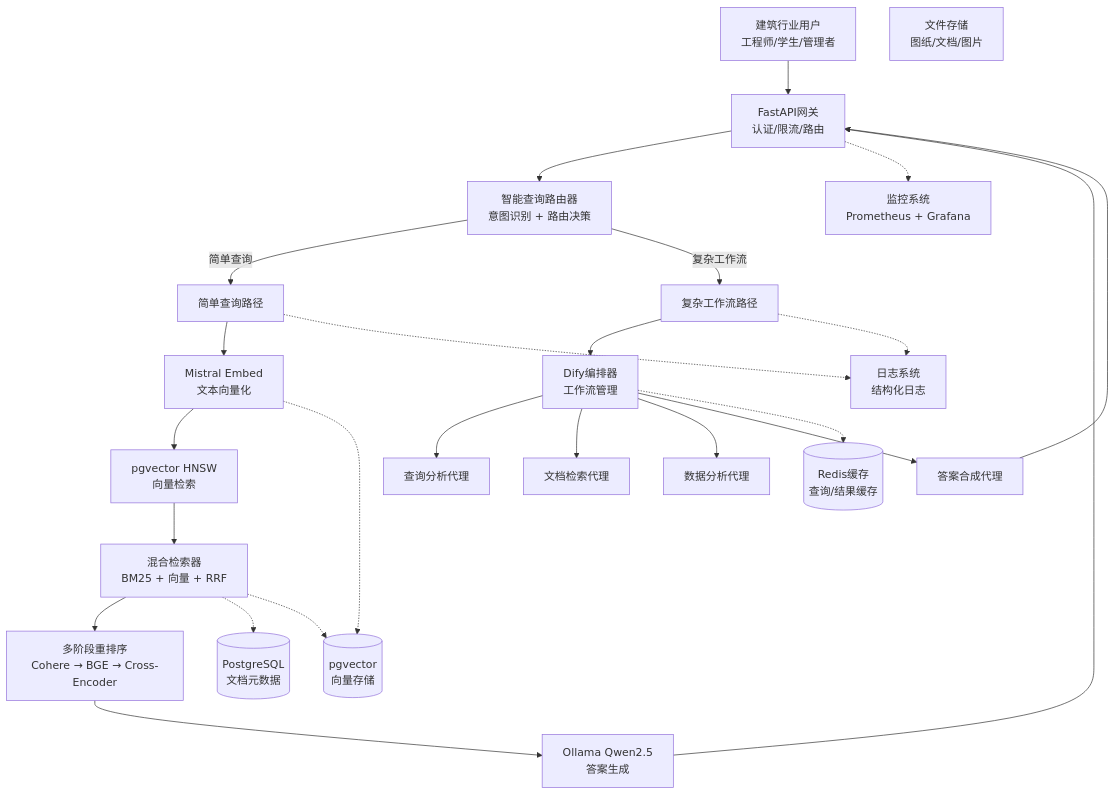
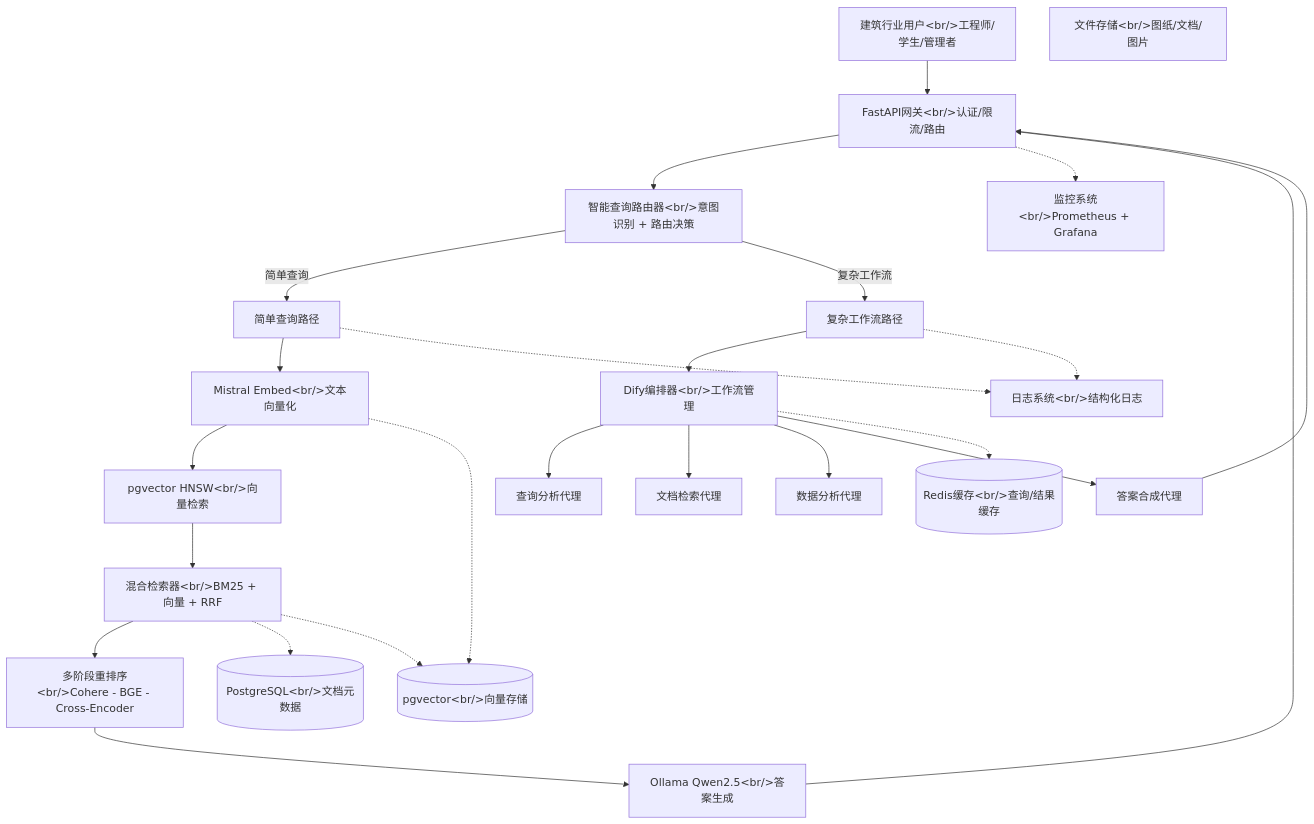
Before and after one commit to DISSIDIA-986/Industry-AI-Flow: the diagram in research/architecture/new_architecture.md, drawn with Mermaid. The commit also changed 7 other files, not shown here.

First line of the commit message:
docs: restore architecture diagram to English and fix Mermaid syntax errors

````diff
--- a/research/architecture/new_architecture.md
+++ b/research/architecture/new_architecture.md
@@ -22,71 +22,71 @@
 ```mermaid
 graph TB
     %% 用户层
-    User[建筑行业用户<br/>工程师/学生/管理者]
-    
+    User["建筑行业用户&lt;br/&gt;工程师/学生/管理者"]
+
     %% API网关层
-    API[FastAPI网关<br/>认证/限流/路由]
-    
+    API["FastAPI网关&lt;br/&gt;认证/限流/路由"]
+
     %% 查询路由层
-    Router[智能查询路由器<br/>意图识别 + 路由决策]
+    Router["智能查询路由器&lt;br/&gt;意图识别 + 路由决策"]
     
     %% 处理路径
     SimplePath[简单查询路径]
     ComplexPath[复杂工作流路径]
     
     %% 简单路径组件
-    MistralEmbed[Mistral Embed<br/>文本向量化]
-    PgVector[pgvector HNSW<br/>向量检索]
-    HybridRetriever[混合检索器<br/>BM25 + 向量 + RRF]
-    Reranker[多阶段重排序<br/>Cohere → BGE → Cross-Encoder]
-    Ollama[Ollama Qwen2.5<br/>答案生成]
+    MistralEmbed["Mistral Embed&lt;br/&gt;文本向量化"]
+    PgVector["pgvector HNSW&lt;br/&gt;向量检索"]
+    HybridRetriever["混合检索器&lt;br/&gt;BM25 + 向量 + RRF"]
+    Reranker["多阶段重排序&lt;br/&gt;Cohere - BGE - Cross-Encoder"]
+    Ollama["Ollama Qwen2.5&lt;br/&gt;答案生成"]
     
     %% 复杂路径组件
-    DifyOrchestrator[Dify编排器<br/>工作流管理]
+    DifyOrchestrator["Dify编排器&lt;br/&gt;工作流管理"]
     QueryAnalyzer[查询分析代理]
     DocRetriever[文档检索代理]
     DataAnalyzer[数据分析代理]
     AnswerSynthesizer[答案合成代理]
     
     %% 数据存储层
-    Postgres[(PostgreSQL<br/>文档元数据)]
-    PgVectorDB[(pgvector<br/>向量存储)]
-    Cache[(Redis缓存<br/>查询/结果缓存)]
-    FileStore[文件存储<br/>图纸/文档/图片]
+    Postgres[("PostgreSQL&lt;br/&gt;文档元数据")]
+    PgVectorDB[("pgvector&lt;br/&gt;向量存储")]
+    Cache[("Redis缓存&lt;br/&gt;查询/结果缓存")]
+    FileStore["文件存储&lt;br/&gt;图纸/文档/图片"]
     
     %% 监控层
-    Monitor[监控系统<br/>Prometheus + Grafana]
-    Logging[日志系统<br/>结构化日志]
+    Monitor["监控系统&lt;br/&gt;Prometheus + Grafana"]
+    Logging["日志系统&lt;br/&gt;结构化日志"]
     
     %% 数据流
     User --> API
     API --> Router
     
-    Router -->|简单查询| SimplePath
-    Router -->|复杂工作流| ComplexPath
+    Router -->|"简单查询"| SimplePath
+    Router -->|"复杂工作流"| ComplexPath
     
     SimplePath --> MistralEmbed
     MistralEmbed --> PgVector
     PgVector --> HybridRetriever
     HybridRetriever --> Reranker
     Reranker --> Ollama
     Ollama --> API
     
     ComplexPath --> DifyOrchestrator
     DifyOrchestrator --> QueryAnalyzer
     DifyOrchestrator --> DocRetriever
     DifyOrchestrator --> DataAnalyzer
     DifyOrchestrator --> AnswerSynthesizer
     AnswerSynthesizer --> API
     
     %% 存储连接
     MistralEmbed -.-> PgVectorDB
     HybridRetriever -.-> Postgres
     HybridRetriever -.-> PgVectorDB
     DifyOrchestrator -.-> Cache
     
     %% 监控连接
     API -.-> Monitor
     SimplePath -.-> Logging
     ComplexPath -.-> Logging
 ```
````
